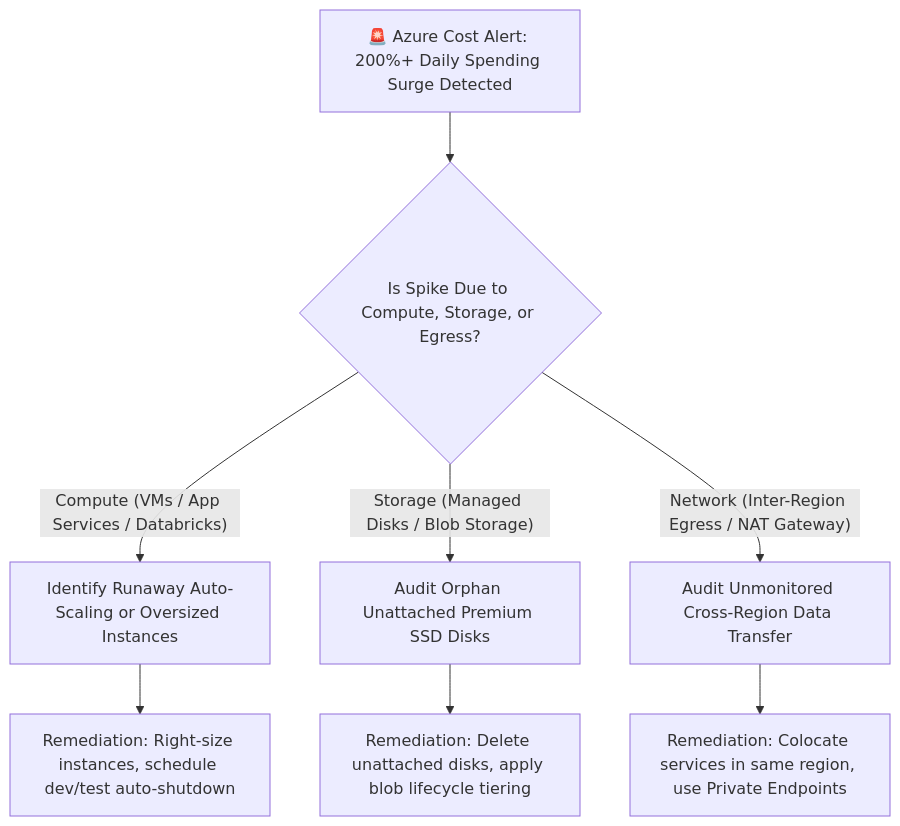
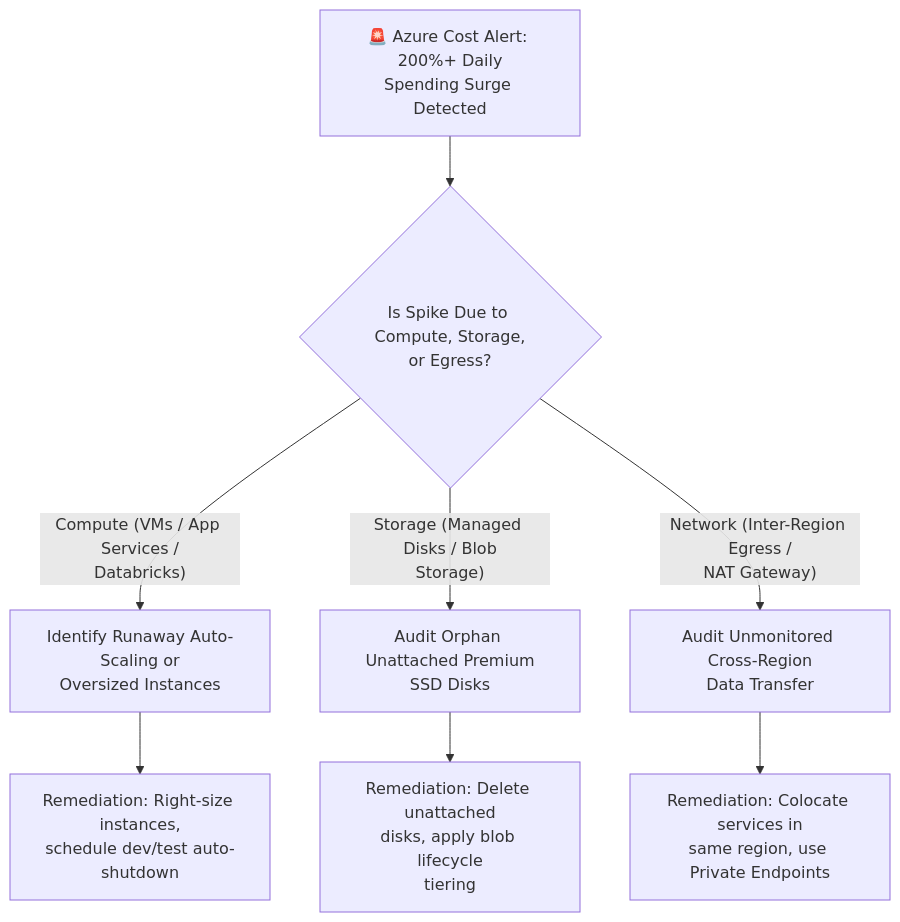
One commit to santoshjammi29/azure-cheat-sheet changed the diagram in runbooks/03_finops_uncontrolled_cost_spikes_and_orphan_resources.md. Above: the diagram before and after it, drawn with Mermaid. The commit also changed 15 other files, not shown here.

Commit message:
fix(diagrams): word-wrap labels and escape comparison operators across all diagrams

````diff
--- a/runbooks/03_finops_uncontrolled_cost_spikes_and_orphan_resources.md
+++ b/runbooks/03_finops_uncontrolled_cost_spikes_and_orphan_resources.md
@@ -11,12 +11,12 @@
 ```mermaid
 flowchart TD
-    CostSpike["🚨 Azure Cost Alert: 200%+ Daily Spending Surge Detected"] --> CheckScope{"Is Spike Due to Compute, Storage, or Egress?"}
+    CostSpike["🚨 Azure Cost Alert: 200%+ Daily<br/>Spending Surge Detected"] --> CheckScope{"Is Spike Due to Compute, Storage,<br/>or Egress?"}
 
-    CheckScope -->|"Compute (VMs / App Services / Databricks)"| ComputeTriage["Identify Runaway Auto-Scaling or Oversized Instances"]
-    CheckScope -->|"Storage (Managed Disks / Blob Storage)"| StorageTriage["Audit Orphan Unattached Premium SSD Disks"]
-    CheckScope -->|"Network (Inter-Region Egress / NAT Gateway)"| NetworkTriage["Audit Unmonitored Cross-Region Data Transfer"]
+    CheckScope -->|"Compute (VMs / App Services /<br/>Databricks)"| ComputeTriage["Identify Runaway Auto-Scaling or<br/>Oversized Instances"]
+    CheckScope -->|"Storage (Managed Disks / Blob<br/>Storage)"| StorageTriage["Audit Orphan Unattached Premium<br/>SSD Disks"]
+    CheckScope -->|"Network (Inter-Region Egress /<br/>NAT Gateway)"| NetworkTriage["Audit Unmonitored Cross-Region<br/>Data Transfer"]
 
-    ComputeTriage --> RemediateCompute["Remediation: Right-size instances, schedule dev/test auto-shutdown"]
-    StorageTriage --> RemediateStorage["Remediation: Delete unattached disks, apply blob lifecycle tiering"]
-    NetworkTriage --> RemediateNetwork["Remediation: Colocate services in same region, use Private Endpoints"]
+    ComputeTriage --> RemediateCompute["Remediation: Right-size instances,<br/>schedule dev/test auto-shutdown"]
+    StorageTriage --> RemediateStorage["Remediation: Delete unattached<br/>disks, apply blob lifecycle<br/>tiering"]
+    NetworkTriage --> RemediateNetwork["Remediation: Colocate services in<br/>same region, use Private Endpoints"]
 ```
````
